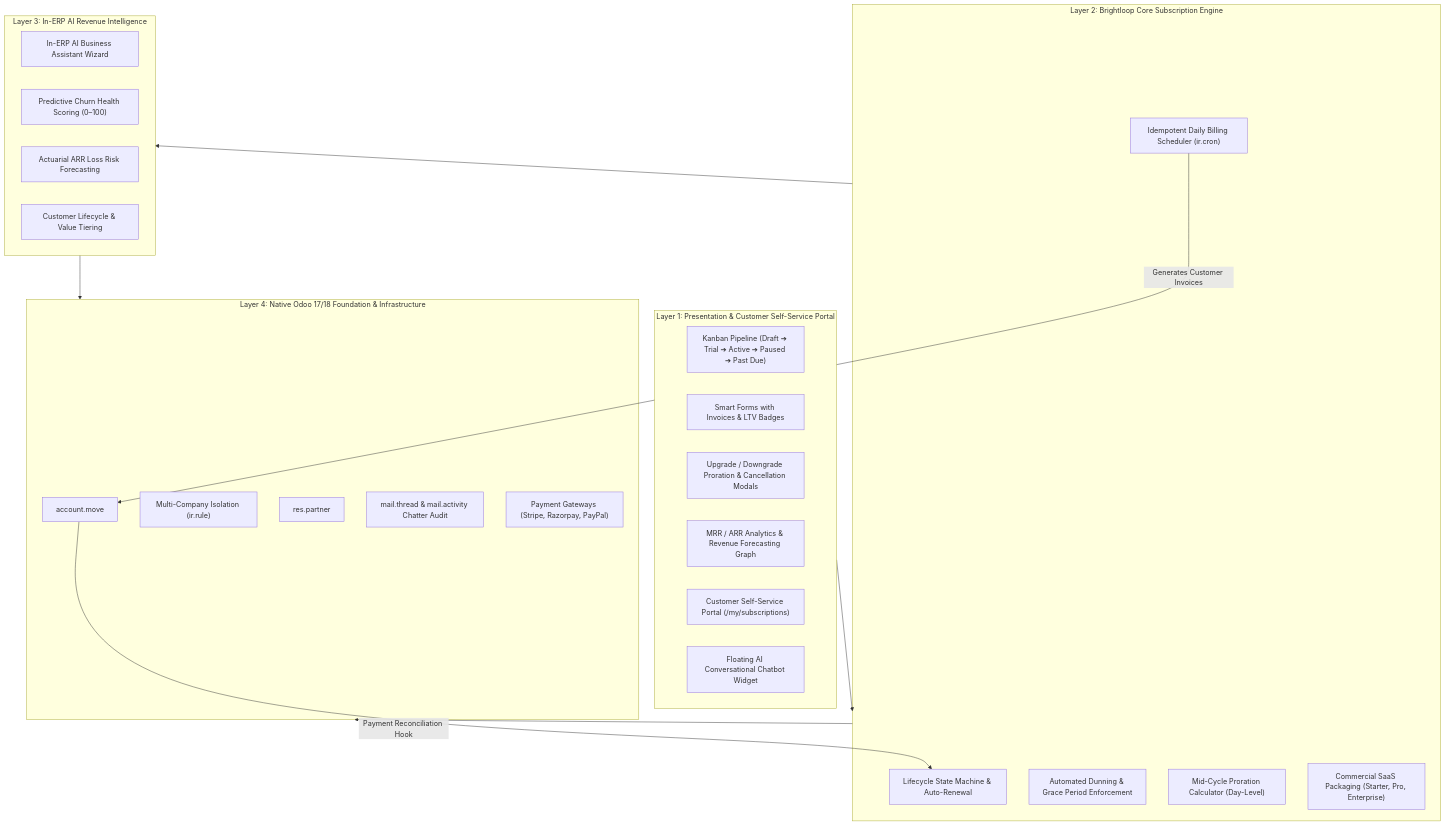
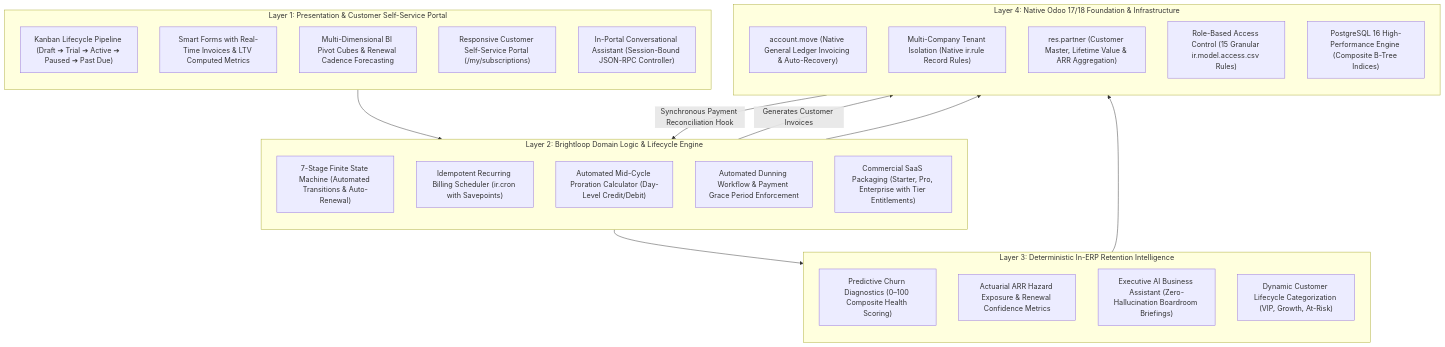
One commit to Mahadharani3003/Subscription_Management_System changed the diagram in README.md. Above: the diagram before and after it, drawn with Mermaid. The commit also changed other lines of this file, not shown here.

Commit message:
docs: elevate README to enterprise-grade hackathon documentation standard

````diff
--- a/README.md
+++ b/README.md
@@ -37,41 +32,44 @@
 ```mermaid
 flowchart TD
     subgraph Layer1 [Layer 1: Presentation & Customer Self-Service Portal]
-        Kanban["Kanban Pipeline (Draft ➔ Trial ➔ Active ➔ Paused ➔ Past Due)"]
-        Forms["Smart Forms with Invoices & LTV Badges"]
-        Wizards["Upgrade / Downgrade Proration & Cancellation Modals"]
-        Pivot["MRR / ARR Analytics & Revenue Forecasting Graph"]
-        Portal["Customer Self-Service Portal (/my/subscriptions)"]
-        Chatbot["Floating AI Conversational Chatbot Widget"]
+        direction TB
+        Kanban["Kanban Lifecycle Pipeline (Draft ➔ Trial ➔ Active ➔ Paused ➔ Past Due)"]
+        Forms["Smart Forms with Real-Time Invoices & LTV Computed Metrics"]
+        Pivot["Multi-Dimensional BI Pivot Cubes & Renewal Cadence Forecasting"]
+        Portal["Responsive Customer Self-Service Portal (/my/subscriptions)"]
+        Chatbot["In-Portal Conversational Assistant (Session-Bound JSON-RPC Controller)"]
     end
 
-    subgraph Layer2 [Layer 2: Brightloop Core Subscription Engine]
-        StateMachine["Lifecycle State Machine & Auto-Renewal"]
-        BillingCron["Idempotent Daily Billing Scheduler (ir.cron)"]
-        Dunning["Automated Dunning & Grace Period Enforcement"]
-        Proration["Mid-Cycle Proration Calculator (Day-Level)"]
-        Packaging["Commercial SaaS Packaging (Starter, Pro, Enterprise)"]
+    subgraph Layer2 [Layer 2: Brightloop Domain Logic & Lifecycle Engine]
+        direction TB
+        FSM["7-Stage Finite State Machine (Automated Transitions & Auto-Renewal)"]
+        BillingCron["Idempotent Recurring Billing Scheduler (ir.cron with Savepoints)"]
+        ProrationEngine["Automated Mid-Cycle Proration Calculator (Day-Level Credit/Debit)"]
+        DunningEngine["Automated Dunning Workflow & Payment Grace Period Enforcement"]
+        SaaSPackaging["Commercial SaaS Packaging (Starter, Pro, Enterprise with Tier Entitlements)"]
     end
 
-    subgraph Layer3 [Layer 3: In-ERP AI Revenue Intelligence]
-        AIAssistant["In-ERP AI Business Assistant Wizard"]
-        ChurnScoring["Predictive Churn Health Scoring (0–100)"]
-        ActuarialLoss["Actuarial ARR Loss Risk Forecasting"]
-        Segmentation["Customer Lifecycle & Value Tiering"]
+    subgraph Layer3 [Layer 3: Deterministic In-ERP Retention Intelligence]
+        direction TB
+        ChurnDiagnostics["Predictive Churn Diagnostics (0–100 Composite Health Scoring)"]
+        ActuarialARR["Actuarial ARR Hazard Exposure & Renewal Confidence Metrics"]
+        AIBriefingWizard["Executive AI Business Assistant (Zero-Hallucination Boardroom Briefings)"]
+        LifecycleSegmentation["Dynamic Customer Lifecycle Categorization (VIP, Growth, At-Risk)"]
     end
 
     subgraph Layer4 [Layer 4: Native Odoo 17/18 Foundation & Infrastructure]
-        AccountMove["account.move <Native Invoices & Auto-Recovery>"]
-        MultiCompany["Multi-Company Isolation (ir.rule)"]
-        ResPartner["res.partner <Customer Profiles & LTV>"]
-        MailThread["mail.thread & mail.activity Chatter Audit"]
-        Gateways["Payment Gateways (Stripe, Razorpay, PayPal)"]
+        direction TB
+        AccountMove["account.move (Native General Ledger Invoicing & Auto-Recovery)"]
+        MultiCompany["Multi-Company Tenant Isolation (Native ir.rule Record Rules)"]
+        ResPartner["res.partner (Customer Master, Lifetime Value & ARR Aggregation)"]
+        SecurityACL["Role-Based Access Control (15 Granular ir.model.access.csv Rules)"]
+        PostgreSQL["PostgreSQL 16 High-Performance Engine (Composite B-Tree Indices)"]
     end
 
     Layer1 --> Layer2
     Layer2 --> Layer3
     Layer2 --> Layer4
     Layer3 --> Layer4
     BillingCron -->|Generates Customer Invoices| AccountMove
-    AccountMove -->|Payment Reconciliation Hook| StateMachine
+    AccountMove -->|Synchronous Payment Reconciliation Hook| FSM
 ```
````
